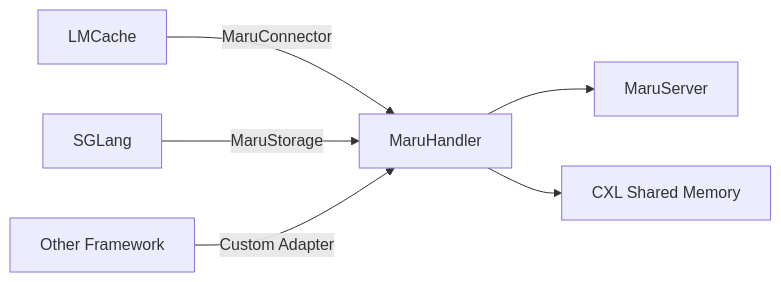
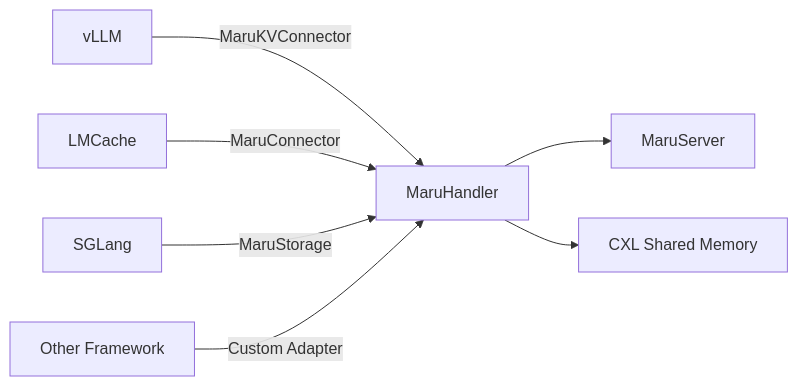
Before and after one commit to xcena-dev/maru: the seventh of 7 diagrams in docs/source/design_doc/architecture_overview.md, drawn with Mermaid. The commit also changed other lines of this file and 1 other file, not shown here.

````diff
--- a/docs/source/design_doc/architecture_overview.md
+++ b/docs/source/design_doc/architecture_overview.md
@@ -175,8 +271,9 @@
 ```mermaid
 graph LR
-    A[LMCache] -->|MaruConnector| D[MaruHandler]
+    V[vLLM] -->|MaruKVConnector| D[MaruHandler]
+    A[LMCache] -->|MaruConnector| D
     B[SGLang] -->|MaruStorage| D
     C[Other Framework] -->|Custom Adapter| D
     D --> E[MaruServer]
     D --> F[CXL Shared Memory]
 ```
````
